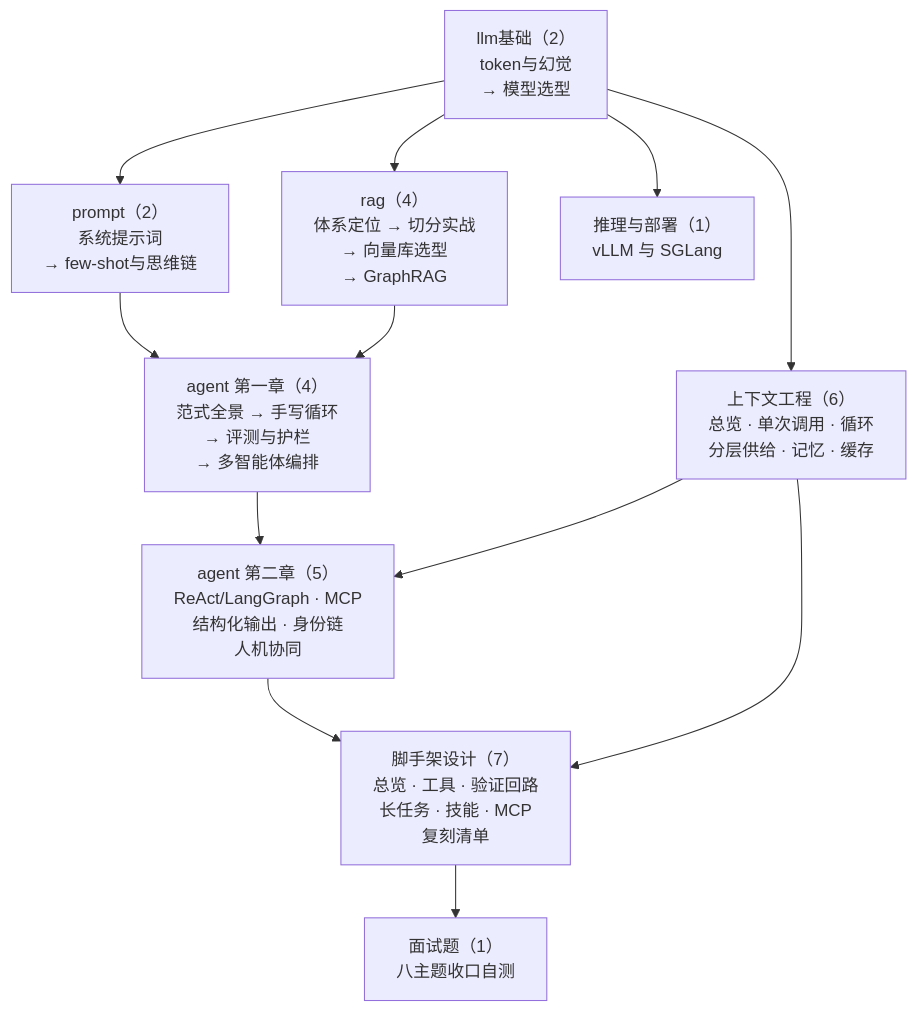
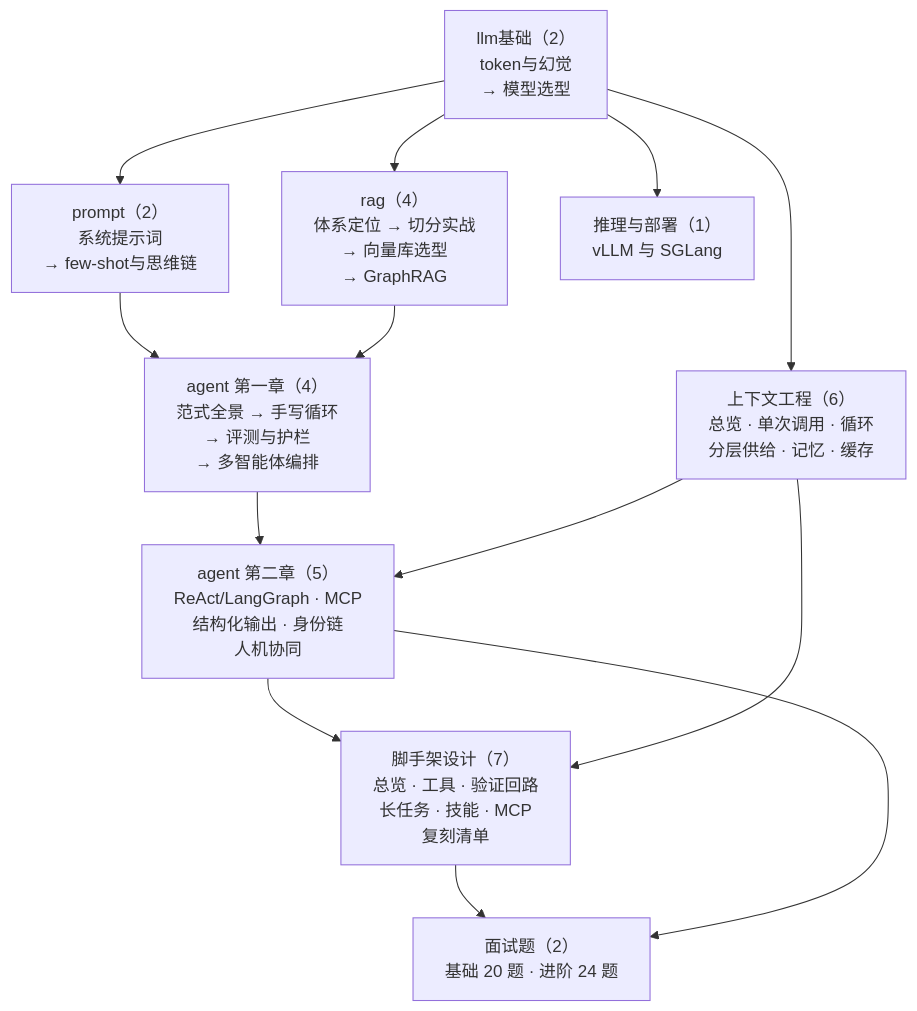
Before and after one commit to Mein-Augenstern/MUYI: the diagram in B-AI工程/README.md, drawn with Mermaid. The commit also changed other lines of this file and 5 other files, not shown here.

````diff
--- a/B-AI工程/README.md
+++ b/B-AI工程/README.md
@@ -9,23 +9,24 @@
 ```mermaid
 flowchart TD
     L["llm基础（2）<br/>token与幻觉<br/>→ 模型选型"]
     P["prompt（2）<br/>系统提示词<br/>→ few-shot与思维链"]
     R["rag（4）<br/>体系定位 → 切分实战<br/>→ 向量库选型<br/>→ GraphRAG"]
     C["上下文工程（6）<br/>总览 · 单次调用 · 循环<br/>分层供给 · 记忆 · 缓存"]
     A1["agent 第一章（4）<br/>范式全景 → 手写循环<br/>→ 评测与护栏<br/>→ 多智能体编排"]
     A2["agent 第二章（5）<br/>ReAct/LangGraph · MCP<br/>结构化输出 · 身份链<br/>人机协同"]
     H["脚手架设计（7）<br/>总览 · 工具 · 验证回路<br/>长任务 · 技能 · MCP<br/>复刻清单"]
     INF["推理与部署（1）<br/>vLLM 与 SGLang"]
-    IT["面试题（1）<br/>八主题收口自测"]
+    IT["面试题（2）<br/>基础 20 题 · 进阶 24 题"]
     L --> P
     L --> R
     P --> A1
     R --> A1
     L --> C
     A1 --> A2
     C --> A2
     A2 --> H
     C --> H
     H --> IT
+    A2 --> IT
     L --> INF
 ```
````
